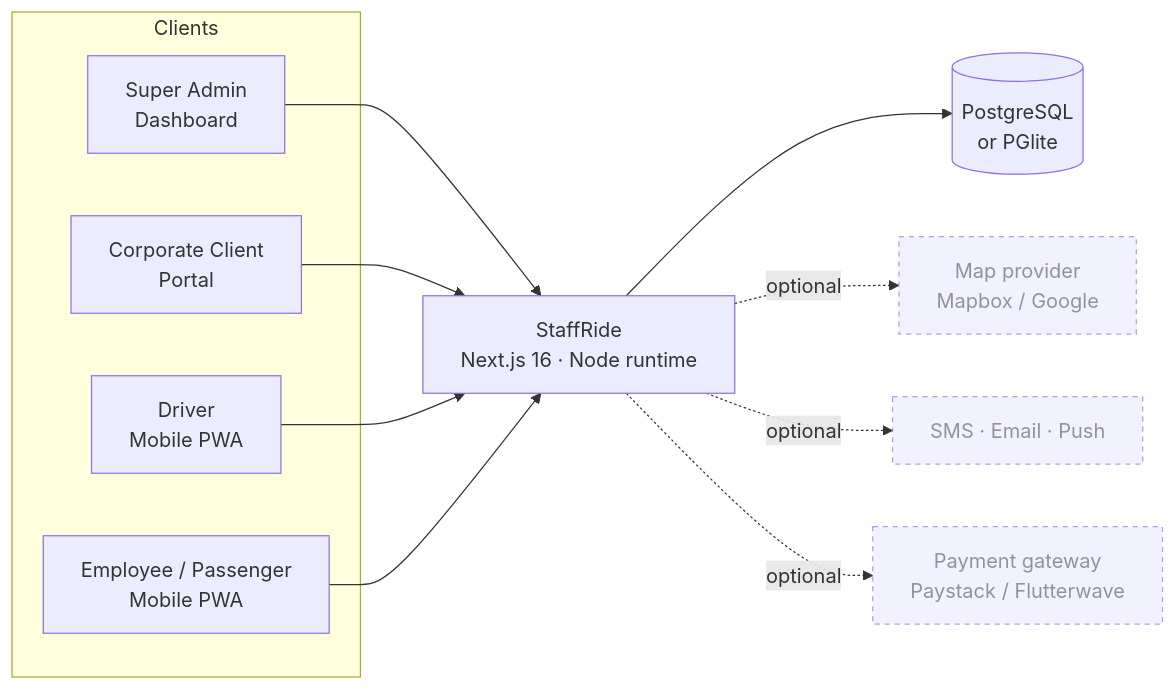
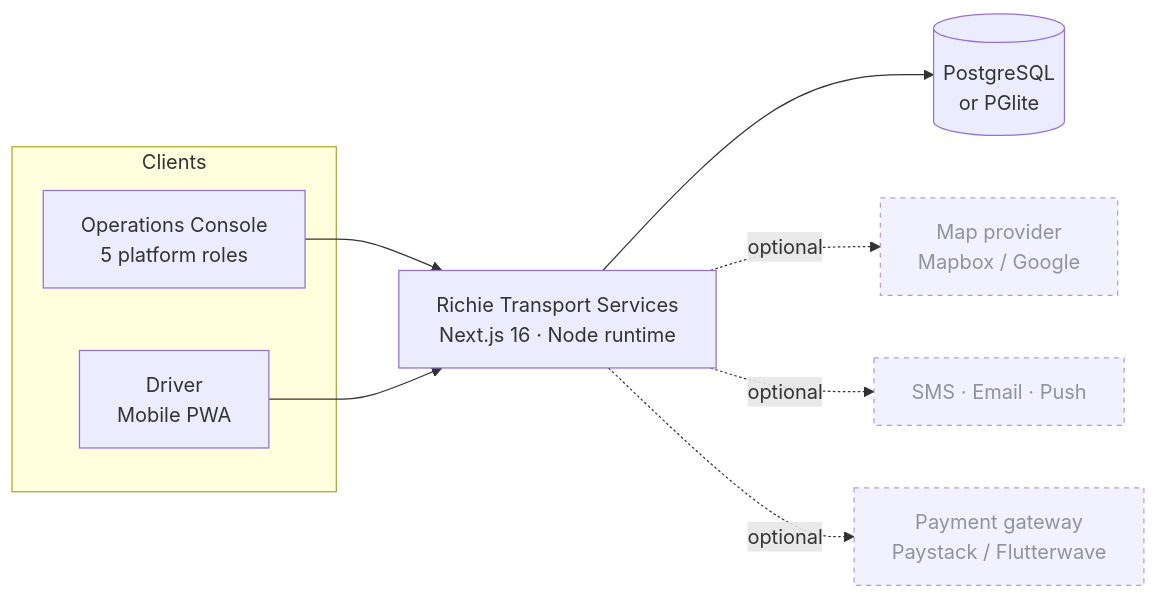
One commit to iwani1/RTS changed the first of 9 diagrams in docs/ARCHITECTURE.md. Above: the diagram before and after it, drawn with Mermaid. The commit also changed other lines of this file and 74 other files, not shown here.

First line of the commit message:
feat: rename to RTS and retire the employee/passenger and corporate HR roles

````diff
--- a/docs/ARCHITECTURE.md
+++ b/docs/ARCHITECTURE.md
@@ -10,27 +10,23 @@
 ```mermaid
 flowchart LR
     subgraph Clients
-        A[Super Admin<br/>Dashboard]
-        B[Corporate Client<br/>Portal]
+        A[Operations Console<br/>5 platform roles]
         C[Driver<br/>Mobile PWA]
-        D[Employee / Passenger<br/>Mobile PWA]
     end
 
-    E[StaffRide<br/>Next.js 16 · Node runtime]
+    E[Richie Transport Services<br/>Next.js 16 · Node runtime]
     F[(PostgreSQL<br/>or PGlite)]
     G[Map provider<br/>Mapbox / Google]
     H[SMS · Email · Push]
     I[Payment gateway<br/>Paystack / Flutterwave]
 
     A --> E
-    B --> E
     C --> E
-    D --> E
     E --> F
     E -. optional .-> G
     E -. optional .-> H
     E -. optional .-> I
 
     classDef opt stroke-dasharray:4 4,opacity:.7
     class G,H,I opt
 ```
````
